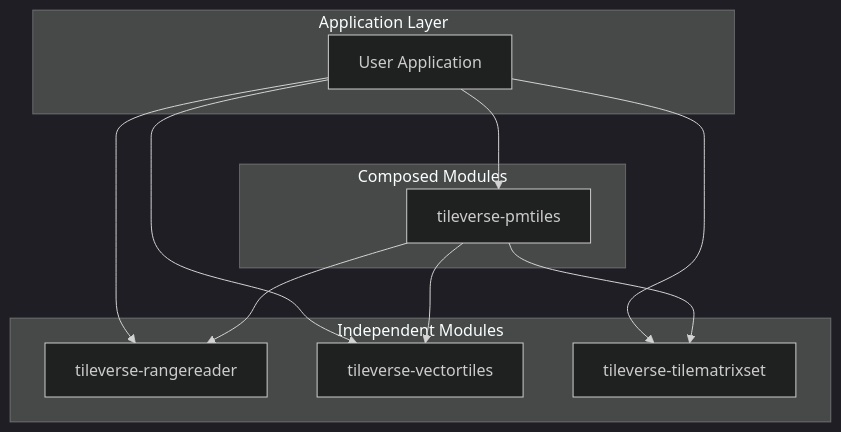
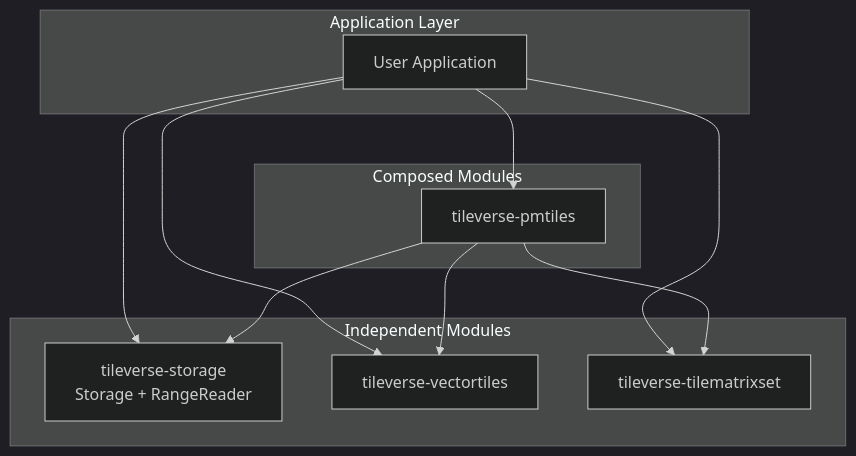
One commit to tileverse-io/tileverse changed the diagram in docs/src/developer-guide/architecture/index.md. Above: the diagram before and after it, drawn with Mermaid (dark theme). The commit also changed other lines of this file and 338 other files, not shown here.

````diff
--- a/docs/src/developer-guide/architecture/index.md
+++ b/docs/src/developer-guide/architecture/index.md
@@ -9,25 +9,25 @@
 ```mermaid
 graph TD
     subgraph "Application Layer"
         App[User Application]
     end
 
     subgraph "Independent Modules"
-        RR[tileverse-rangereader]
+        ST[tileverse-storage<br/>Storage + RangeReader]
         VT[tileverse-vectortiles]
         TMS[tileverse-tilematrixset]
     end
 
     subgraph "Composed Modules"
         PMT[tileverse-pmtiles]
     end
 
-    App --> RR
+    App --> ST
     App --> VT
     App --> TMS
     App --> PMT
-    
-    PMT --> RR
+
+    PMT --> ST
     PMT --> VT
     PMT --> TMS
 ```
````
